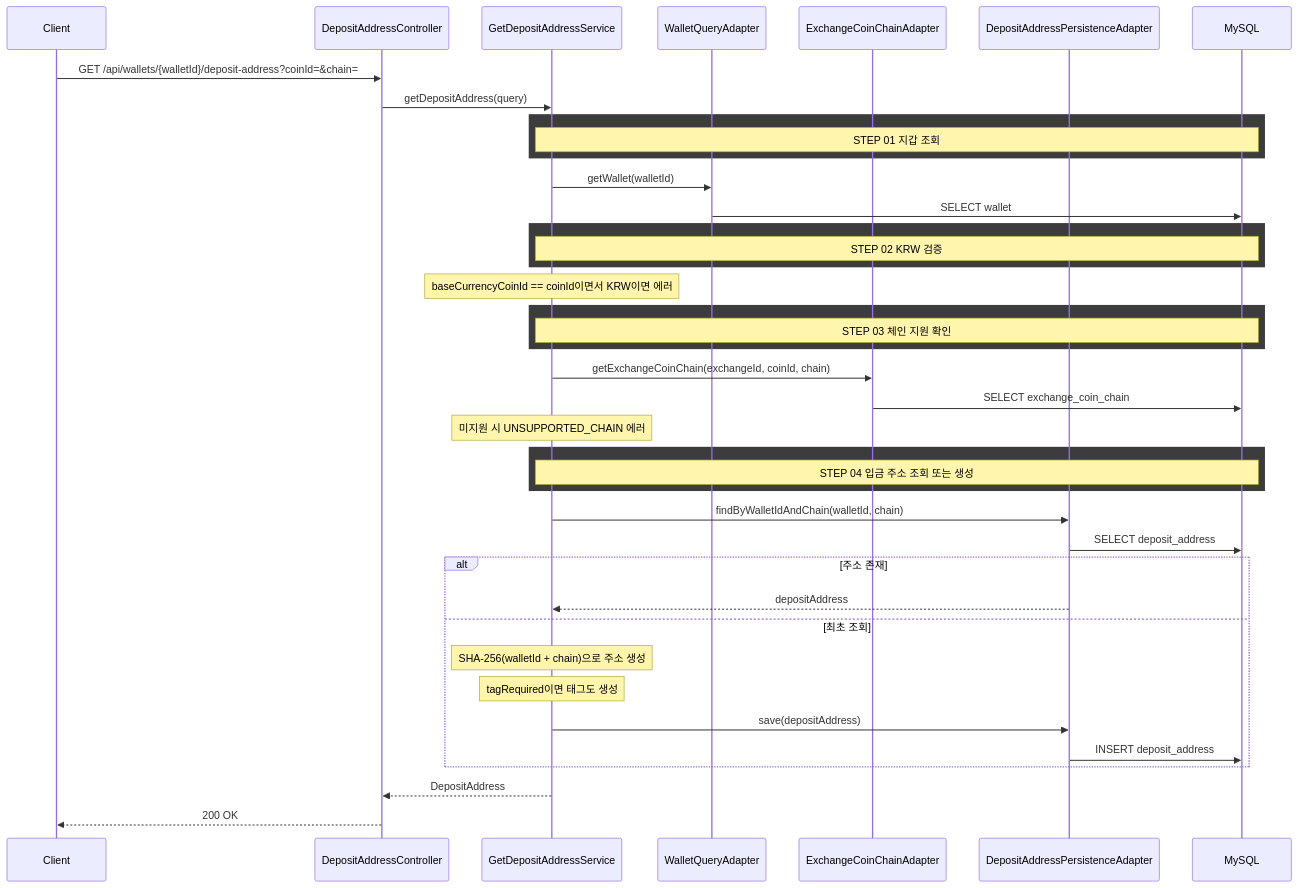
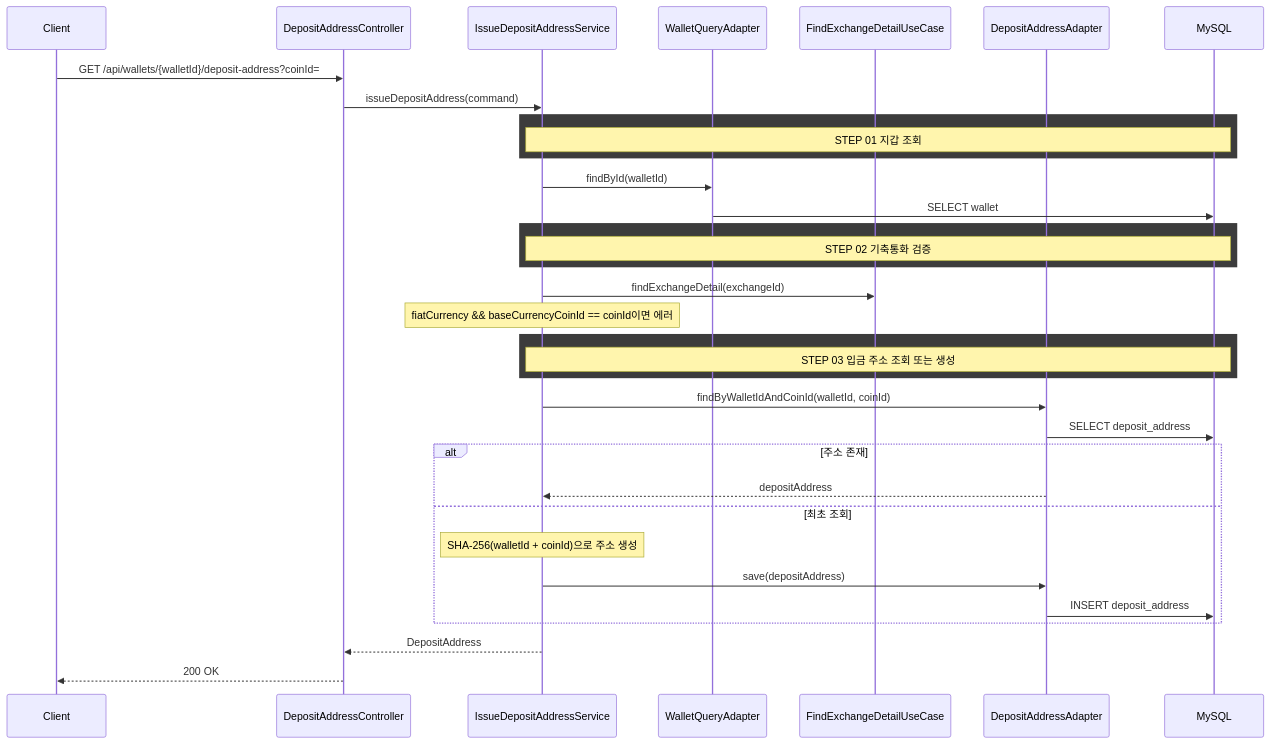
The diagram in docs/wallet/deposit-address.md (kim-se-hee/trypto), drawn with Mermaid before and after one commit. The commit also changed other lines of this file and 30 other files, not shown here.

Commit message:
[#159] 입금 주소 단순화: 네트워크(chain)와 태그(tag) 제거 (#160)

````diff
--- a/docs/wallet/deposit-address.md
+++ b/docs/wallet/deposit-address.md
@@ -109,48 +86,41 @@
 ```mermaid
 sequenceDiagram
     participant Client
     participant Controller as DepositAddressController
-    participant Service as GetDepositAddressService
+    participant Service as IssueDepositAddressService
     participant WalletAdapter as WalletQueryAdapter
-    participant ChainAdapter as ExchangeCoinChainAdapter
-    participant AddressAdapter as DepositAddressPersistenceAdapter
+    participant ExchangeUseCase as FindExchangeDetailUseCase
+    participant AddressAdapter as DepositAddressAdapter
     participant MySQL
 
-    Client->>Controller: GET /api/wallets/{walletId}/deposit-address?coinId=&chain=
-    Controller->>Service: getDepositAddress(query)
+    Client->>Controller: GET /api/wallets/{walletId}/deposit-address?coinId=
+    Controller->>Service: issueDepositAddress(command)
 
     rect rgb(60, 60, 60)
         Note over Service,MySQL: STEP 01 지갑 조회
     end
-    Service->>WalletAdapter: getWallet(walletId)
+    Service->>WalletAdapter: findById(walletId)
     WalletAdapter->>MySQL: SELECT wallet
 
     rect rgb(60, 60, 60)
-        Note over Service,MySQL: STEP 02 KRW 검증
+        Note over Service,MySQL: STEP 02 기축통화 검증
     end
-    Note over Service: baseCurrencyCoinId == coinId이면서 KRW이면 에러
+    Service->>ExchangeUseCase: findExchangeDetail(exchangeId)
+    Note over Service: fiatCurrency && baseCurrencyCoinId == coinId이면 에러
 
     rect rgb(60, 60, 60)
-        Note over Service,MySQL: STEP 03 체인 지원 확인
+        Note over Service,MySQL: STEP 03 입금 주소 조회 또는 생성
     end
-    Service->>ChainAdapter: getExchangeCoinChain(exchangeId, coinId, chain)
-    ChainAdapter->>MySQL: SELECT exchange_coin_chain
-    Note over Service: 미지원 시 UNSUPPORTED_CHAIN 에러
-
-    rect rgb(60, 60, 60)
-        Note over Service,MySQL: STEP 04 입금 주소 조회 또는 생성
-    end
-    Service->>AddressAdapter: findByWalletIdAndChain(walletId, chain)
+    Service->>AddressAdapter: findByWalletIdAndCoinId(walletId, coinId)
     AddressAdapter->>MySQL: SELECT deposit_address
     alt 주소 존재
         AddressAdapter-->>Service: depositAddress
     else 최초 조회
-        Note over Service: SHA-256(walletId + chain)으로 주소 생성
-        Note over Service: tagRequired이면 태그도 생성
+        Note over Service: SHA-256(walletId + coinId)으로 주소 생성
         Service->>AddressAdapter: save(depositAddress)
         AddressAdapter->>MySQL: INSERT deposit_address
     end
 
     Service-->>Controller: DepositAddress
     Controller-->>Client: 200 OK
 ```
````
